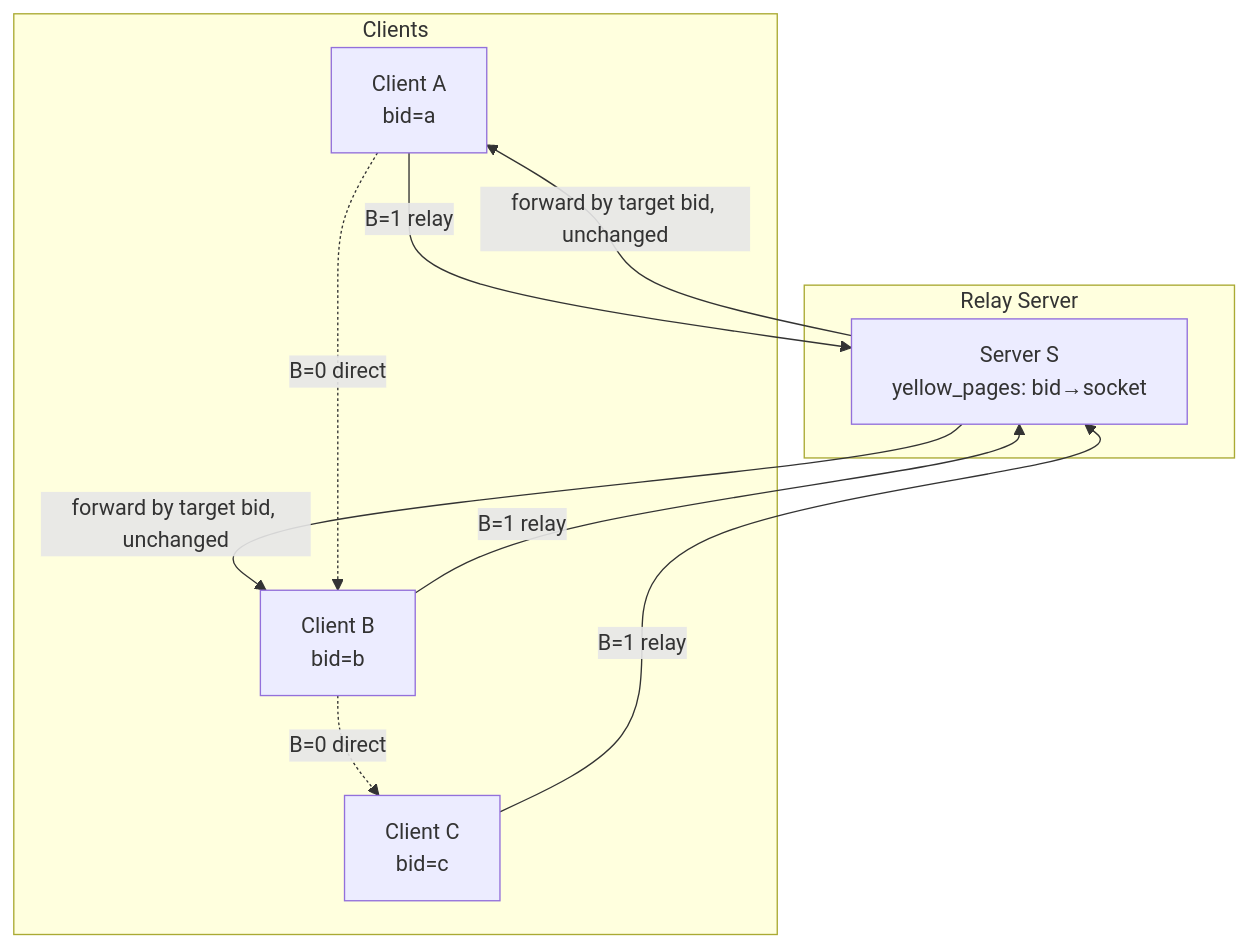
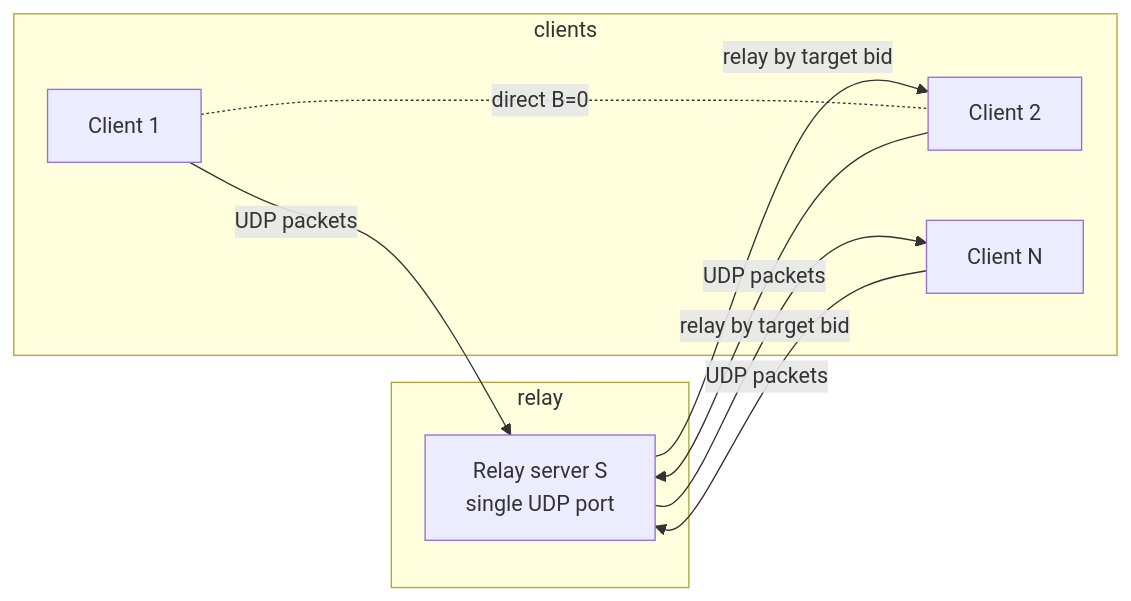
The first of 5 diagrams in docs/design-architecture.md (moky/magpie-bridge), drawn with Mermaid before and after one commit. The commit also changed other lines of this file and 5 other files, not shown here.

Commit message:
docs: regenerate from ai/ tasks with mermaid diagrams

````diff
--- a/docs/design-architecture.md
+++ b/docs/design-architecture.md
@@ -7,18 +7,17 @@
 ```mermaid
-graph TB
-    subgraph CL[Clients]
-        A[Client A<br/>bid=a]
-        B[Client B<br/>bid=b]
-        C[Client C<br/>bid=c]
+flowchart LR
+    subgraph clients
+        C1[Client 1]
+        C2[Client 2]
+        C3[Client N]
     end
-    subgraph SV[Relay Server]
-        S[Server S<br/>yellow_pages: bid→socket]
+    subgraph relay
+        S[Relay server S<br/>single UDP port]
     end
-    A -- "B=1 relay" --> S
-    B -- "B=1 relay" --> S
-    C -- "B=1 relay" --> S
-    S -- "forward by target bid, unchanged" --> A
-    S -- "forward by target bid, unchanged" --> B
-    A -. "B=0 direct" .-> B
-    B -. "B=0 direct" .-> C
+    C1 -->|"UDP packets"| S
+    C2 -->|"UDP packets"| S
+    C3 -->|"UDP packets"| S
+    S -->|"relay by target bid"| C2
+    S -->|"relay by target bid"| C3
+    C1 -. direct B=0 .- C2
 ```
````
